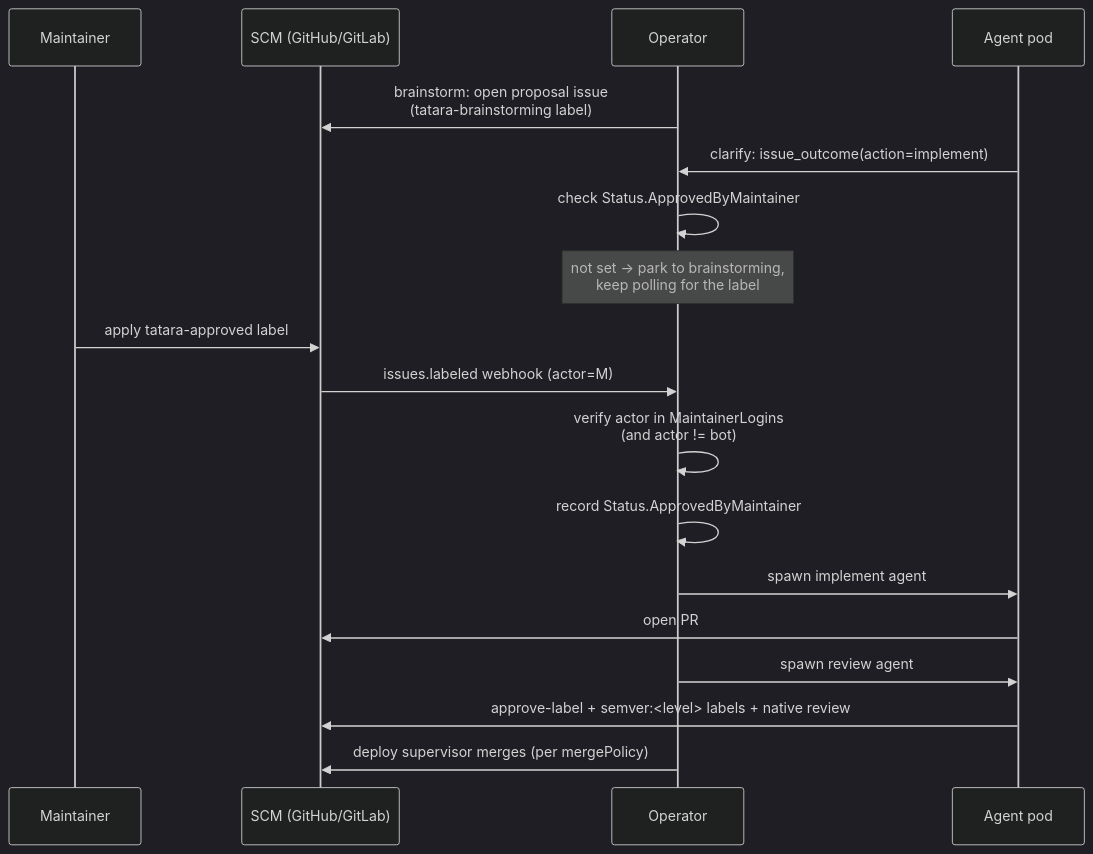
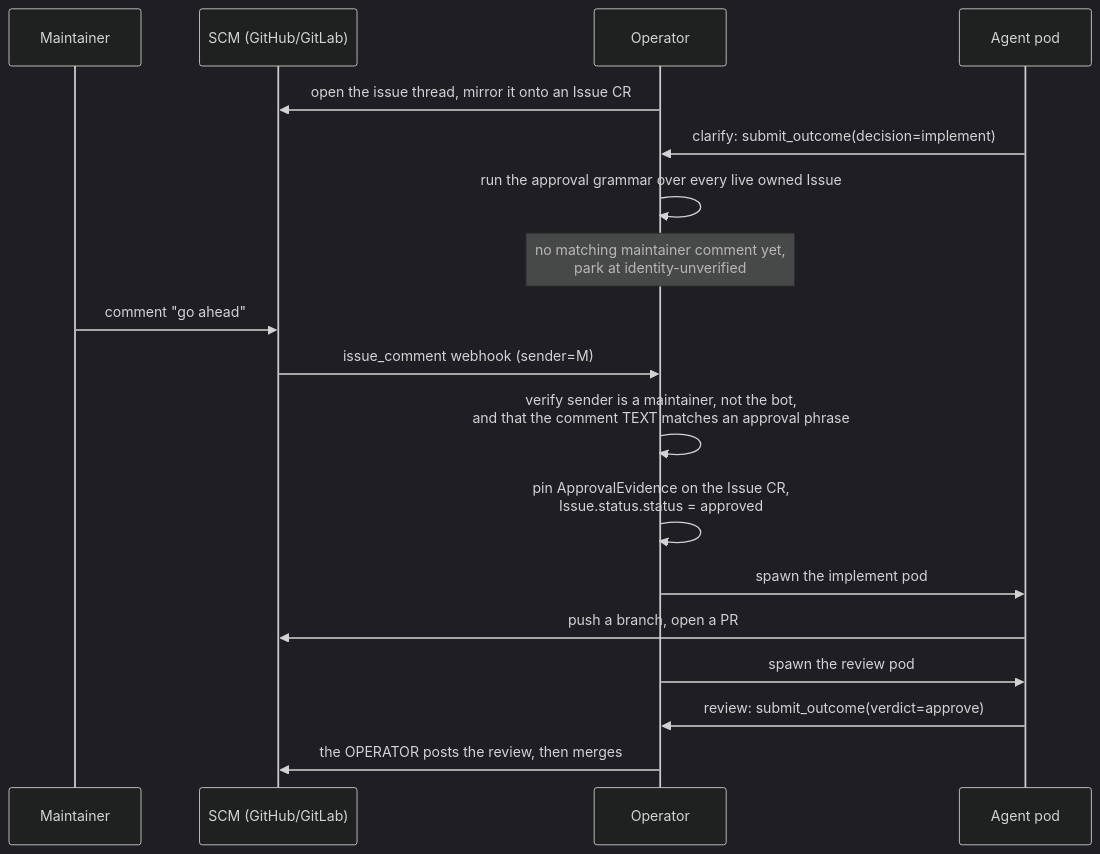
Before and after one commit to szymonrychu/tatara-documentation: the first of 2 diagrams in docs/operations/security/approval-gates.md, drawn with Mermaid (dark theme). The commit also changed other lines of this file and 63 other files, not shown here.

First line of the commit message:
feat!: document the task-centric architecture (Issue/MergeRequest CRs, stage machine, operator merge) (#19)

````diff
--- a/docs/operations/security/approval-gates.md
+++ b/docs/operations/security/approval-gates.md
@@ -17,21 +17,21 @@
 ```mermaid
 sequenceDiagram
     participant M as Maintainer
     participant SCM as SCM (GitHub/GitLab)
     participant OP as Operator
     participant AG as Agent pod
 
-    OP->>SCM: brainstorm: open proposal issue<br/>(tatara-brainstorming label)
-    AG->>OP: clarify: issue_outcome(action=implement)
-    OP->>OP: check Status.ApprovedByMaintainer
-    Note over OP: not set -> park to brainstorming,<br/>keep polling for the label
-    M->>SCM: apply tatara-approved label
-    SCM->>OP: issues.labeled webhook (actor=M)
-    OP->>OP: verify actor in MaintainerLogins<br/>(and actor != bot)
-    OP->>OP: record Status.ApprovedByMaintainer
-    OP->>AG: spawn implement agent
-    AG->>SCM: open PR
-    OP->>AG: spawn review agent
-    AG->>SCM: approve-label + semver:<level> labels + native review
-    OP->>SCM: deploy supervisor merges (per mergePolicy)
+    OP->>SCM: open the issue thread, mirror it onto an Issue CR
+    AG->>OP: clarify: submit_outcome(decision=implement)
+    OP->>OP: run the approval grammar over every live owned Issue
+    Note over OP: no matching maintainer comment yet,<br/>park at identity-unverified
+    M->>SCM: comment "go ahead"
+    SCM->>OP: issue_comment webhook (sender=M)
+    OP->>OP: verify sender is a maintainer, not the bot,<br/>and that the comment TEXT matches an approval phrase
+    OP->>OP: pin ApprovalEvidence on the Issue CR,<br/>Issue.status.status = approved
+    OP->>AG: spawn the implement pod
+    AG->>SCM: push a branch, open a PR
+    OP->>AG: spawn the review pod
+    AG->>OP: review: submit_outcome(verdict=approve)
+    OP->>SCM: the OPERATOR posts the review, then merges
 ```
````
